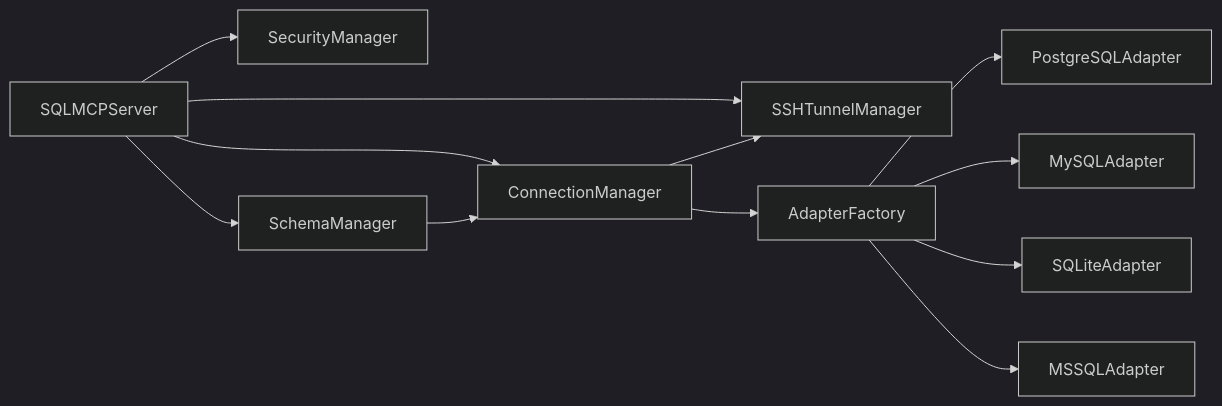
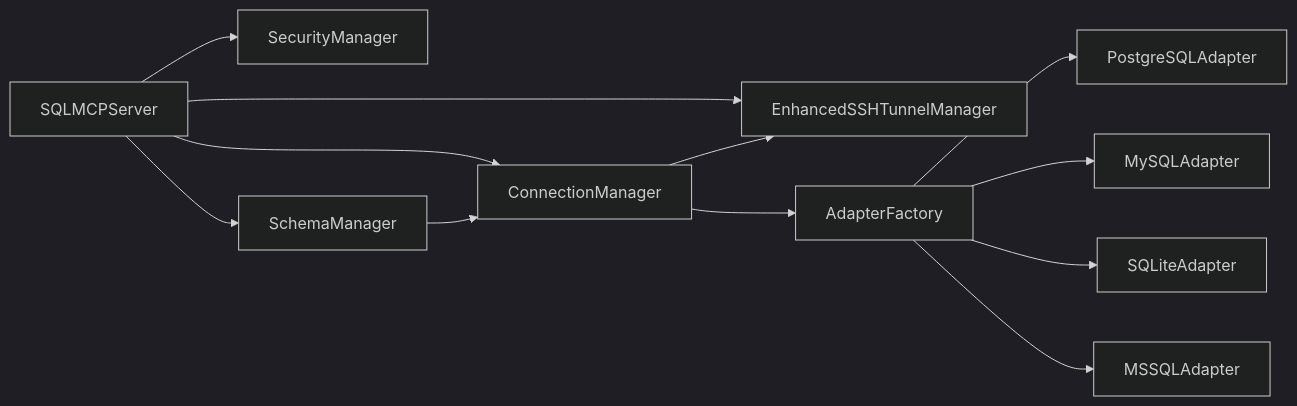
The second of 6 diagrams in docs/architecture/system-architecture.md (AraneaDev/sql-access), drawn with Mermaid (dark theme) before and after one commit. The commit also changed other lines of this file and 3 other files, not shown here.

````diff
--- a/docs/architecture/system-architecture.md
+++ b/docs/architecture/system-architecture.md
@@ -101,17 +101,17 @@
 ```mermaid
 graph LR
  SQLMCPServer --> ConnectionManager
  SQLMCPServer --> SecurityManager
  SQLMCPServer --> SchemaManager
- SQLMCPServer --> SSHTunnelManager
+ SQLMCPServer --> EnhancedSSHTunnelManager
  
  ConnectionManager --> AdapterFactory
- ConnectionManager --> SSHTunnelManager
+ ConnectionManager --> EnhancedSSHTunnelManager
  
  SchemaManager --> ConnectionManager
  
  AdapterFactory --> PostgreSQLAdapter
  AdapterFactory --> MySQLAdapter
  AdapterFactory --> SQLiteAdapter
  AdapterFactory --> MSSQLAdapter
 ```
````
